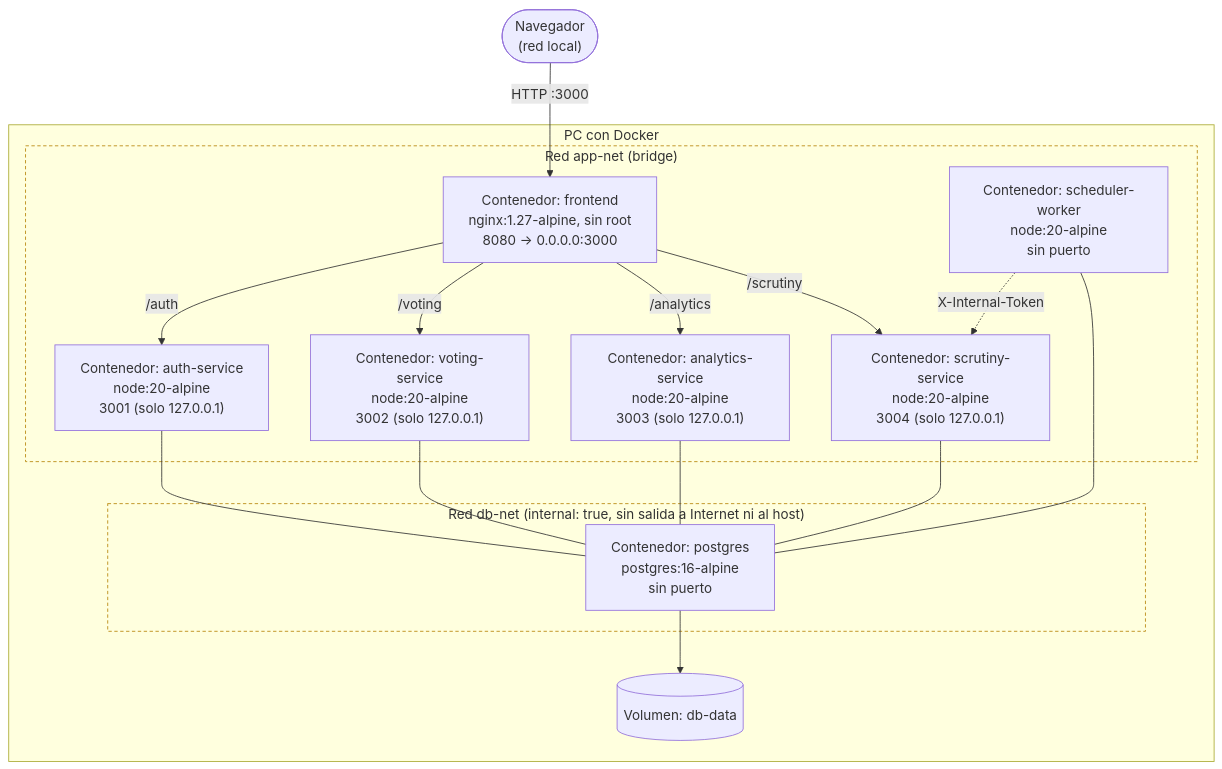
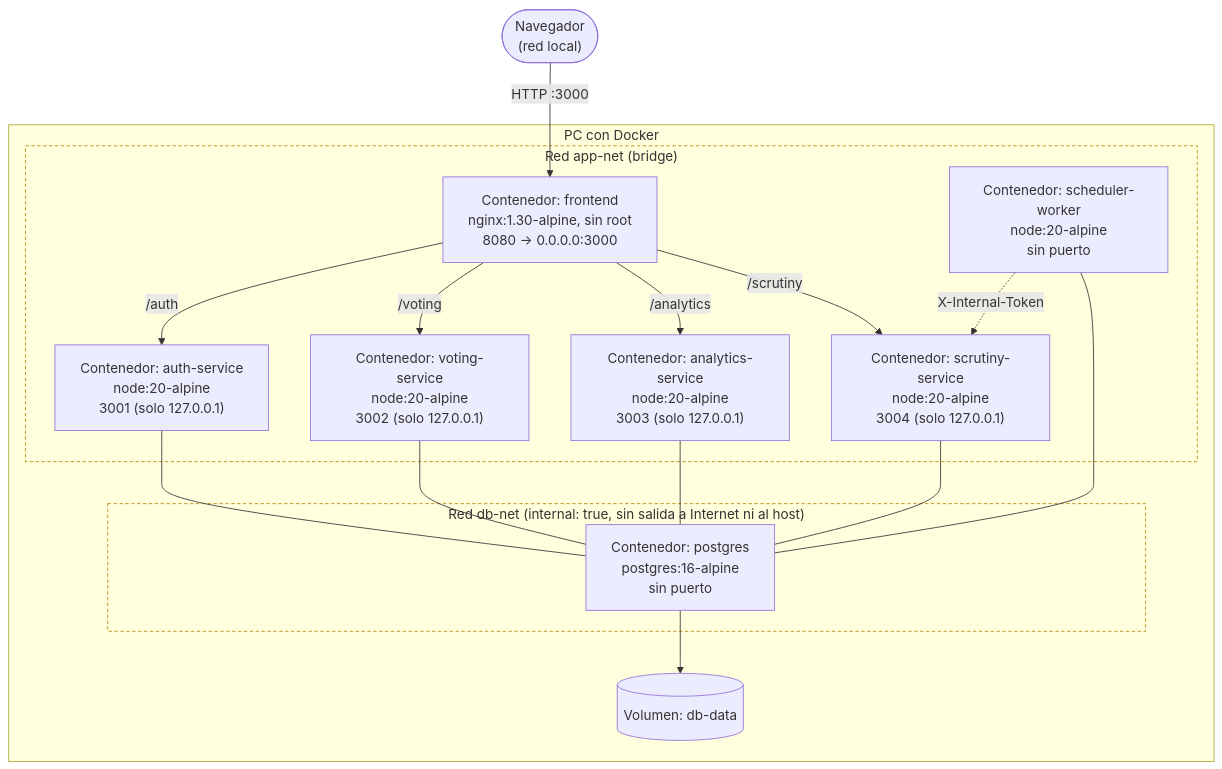
Before and after one commit to NicolasPineda1421/LiveMetric: the second of 5 diagrams in docs/manual-arquitectura.md, drawn with Mermaid. The commit also changed 2 other files, not shown here.

Commit message:
Actualiza la imagen base del frontend a nginx 1.30 (4 CVE de OpenSSL)
Trivy encontro cuatro CVE altas de OpenSSL (libssl3 y libcrypto3
3.3.7-r1, publicadas el 30 de septiembre de 2026) en la imagen del
frontend, y el pipeline bloqueo el arranque. La base nginx:1.27-alpine
quedo sobre Alpine 3.21, que todavia no trae la version corregida, y esa
linea de nginx ya no se mantiene.

nginx:1.30-alpine es la linea estable, sobre Alpine 3.24 (OpenSSL 3.5.9).
Trivy da 0 CVE altas o criticas en la imagen construida (y si tiene datos
de Alpine 3.24: sobre la base sin actualizar lista dos, que el apk upgrade
del Dockerfile corrige). La aplicacion se recorrio con la CSP activa, por
todas las pestanas y exportando un tablero a PDF, sin violaciones ni
errores; nginx sigue corriendo sin root.

````diff
--- a/docs/manual-arquitectura.md
+++ b/docs/manual-arquitectura.md
@@ -149,37 +149,37 @@
 ```mermaid
 graph TB
     Navegador(["Navegador<br/>(red local)"])
 
     subgraph Host["PC con Docker"]
         subgraph appnet["Red app-net (bridge)"]
-            C_FE["Contenedor: frontend<br/>nginx:1.27-alpine, sin root<br/>8080 → 0.0.0.0:3000"]
+            C_FE["Contenedor: frontend<br/>nginx:1.30-alpine, sin root<br/>8080 → 0.0.0.0:3000"]
             C_AUTH["Contenedor: auth-service<br/>node:20-alpine<br/>3001 (solo 127.0.0.1)"]
             C_VOTING["Contenedor: voting-service<br/>node:20-alpine<br/>3002 (solo 127.0.0.1)"]
             C_ANALYTICS["Contenedor: analytics-service<br/>node:20-alpine<br/>3003 (solo 127.0.0.1)"]
             C_SCRUTINY["Contenedor: scrutiny-service<br/>node:20-alpine<br/>3004 (solo 127.0.0.1)"]
             C_SCHED["Contenedor: scheduler-worker<br/>node:20-alpine<br/>sin puerto"]
         end
         subgraph dbnet["Red db-net (internal: true, sin salida a Internet ni al host)"]
             C_DB["Contenedor: postgres<br/>postgres:16-alpine<br/>sin puerto"]
         end
         V_PG[("Volumen: db-data")]
     end
 
     Navegador -->|"HTTP :3000"| C_FE
     C_FE -->|"/auth"| C_AUTH
     C_FE -->|"/voting"| C_VOTING
     C_FE -->|"/analytics"| C_ANALYTICS
     C_FE -->|"/scrutiny"| C_SCRUTINY
     C_SCHED -.->|"X-Internal-Token"| C_SCRUTINY
 
     C_AUTH --- C_DB
     C_VOTING --- C_DB
     C_ANALYTICS --- C_DB
     C_SCRUTINY --- C_DB
     C_SCHED --- C_DB
 
     C_DB --> V_PG
 
     classDef net fill:none,stroke:#b8860b,stroke-dasharray: 4 3;
     class appnet,dbnet net;
 ```
````
